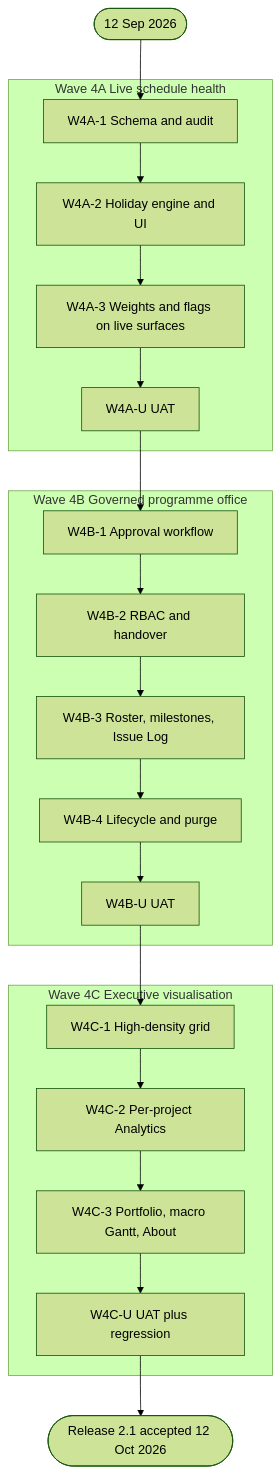
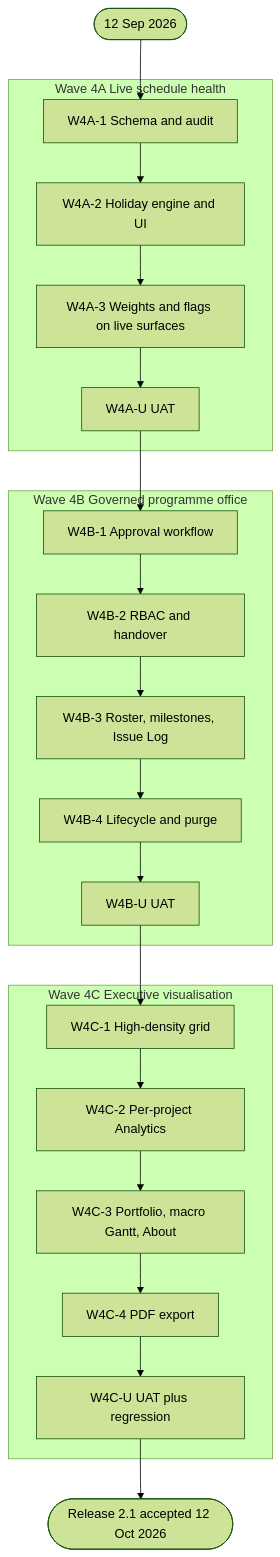
The second of 2 diagrams in doc/dev_req.md (yugoananda-pg/simple-project-task-tracker-v21-cursor), drawn with Mermaid (forest theme) before and after one commit. The commit also changed other lines of this file and 93 other files, not shown here.

````diff
--- a/doc/dev_req.md
+++ b/doc/dev_req.md
@@ -1223,29 +1364,30 @@
 ```mermaid
 flowchart TD
     Start([12 Sep 2026]) --> A1
     subgraph W4A[Wave 4A Live schedule health]
         A1["W4A-1 Schema and audit"]
         A2["W4A-2 Holiday engine and UI"]
         A3["W4A-3 Weights and flags on live surfaces"]
         AU["W4A-U UAT"]
         A1 --> A2 --> A3 --> AU
     end
     AU --> B1
     subgraph W4B[Wave 4B Governed programme office]
         B1["W4B-1 Approval workflow"]
         B2["W4B-2 RBAC and handover"]
         B3["W4B-3 Roster, milestones, Issue Log"]
         B4["W4B-4 Lifecycle and purge"]
         BU["W4B-U UAT"]
         B1 --> B2 --> B3 --> B4 --> BU
     end
     BU --> C1
     subgraph W4C[Wave 4C Executive visualisation]
         C1["W4C-1 High-density grid"]
         C2["W4C-2 Per-project Analytics"]
         C3["W4C-3 Portfolio, macro Gantt, About"]
+        C4["W4C-4 PDF export"]
         CU["W4C-U UAT plus regression"]
-        C1 --> C2 --> C3 --> CU
+        C1 --> C2 --> C3 --> C4 --> CU
     end
     CU --> Done([Release 2.1 accepted 12 Oct 2026])
 ```
````
